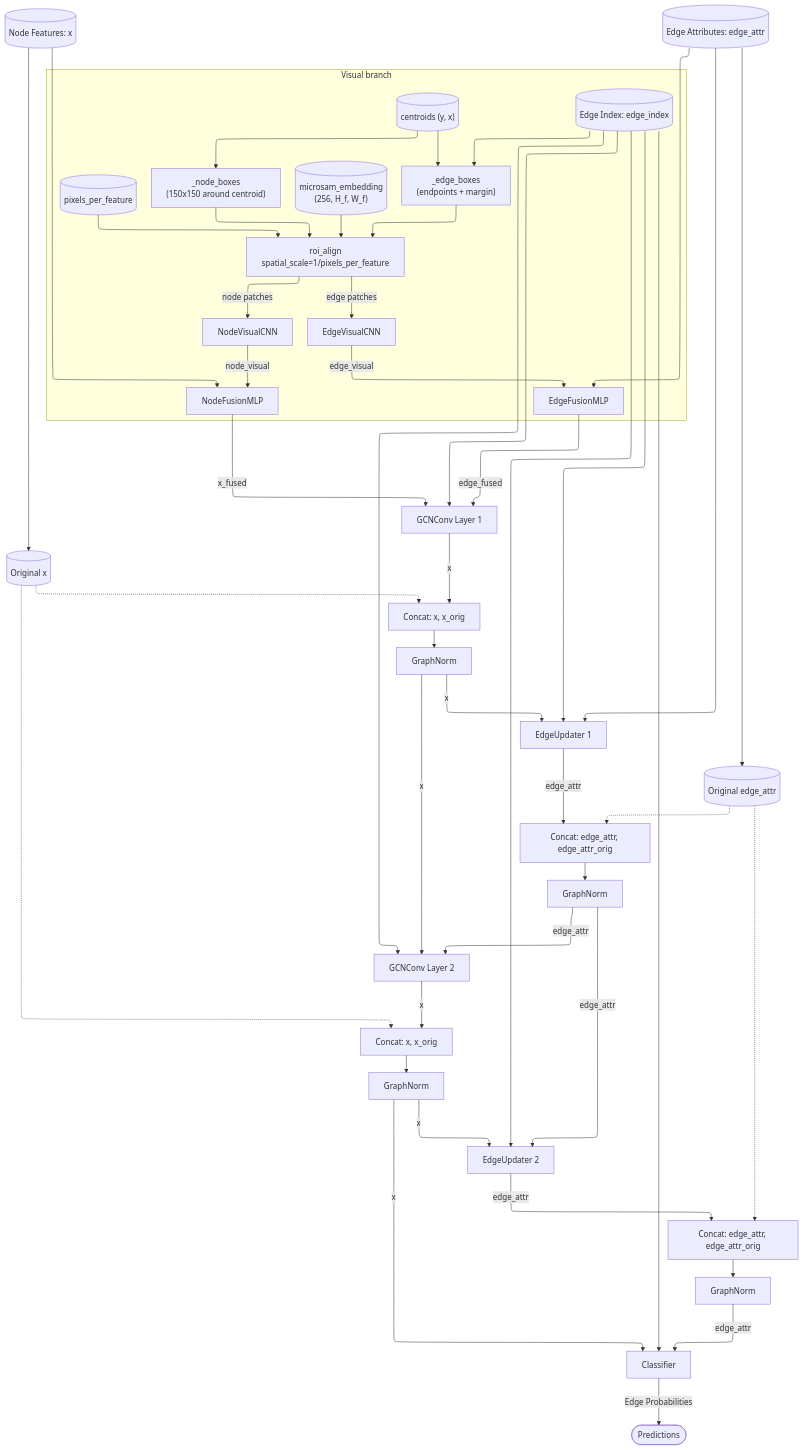
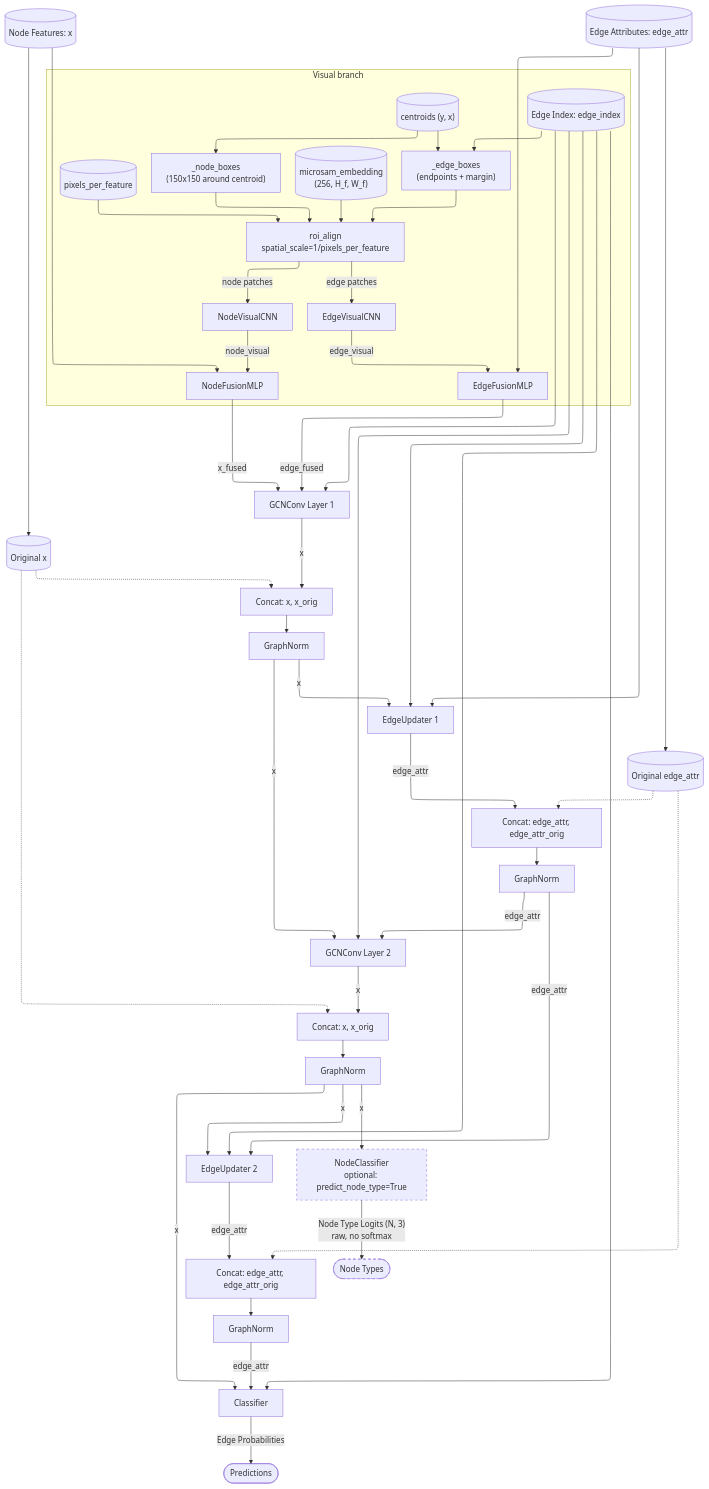
Before and after one commit to chuyaowang/c_albicans_project: the first of 4 diagrams in src/image_processing_tools/scene_graph_network/gnn_documentation/GCN Model Mermaid Diagram.md, drawn with Mermaid. The commit also changed other lines of this file and 3 other files, not shown here.

First line of the commit message:
docs(scene_graph_network): describe the node-type classifier

````diff
--- a/src/image_processing_tools/scene_graph_network/gnn_documentation/GCN Model Mermaid Diagram.md
+++ b/src/image_processing_tools/scene_graph_network/gnn_documentation/GCN Model Mermaid Diagram.md
@@ -172,4 +172,16 @@
 
 Classify -- "Edge Probabilities" --> Out([Predictions])
 
+  
+
+NormX2 -- "x" --> NodeClassify["NodeClassifier<br/>optional: predict_node_type=True"]
+
+NodeClassify -- "Node Type Logits (N, 3)<br/>raw, no softmax" --> NodeOut([Node Types])
+
+  
+
+style NodeClassify stroke-dasharray: 5 5
+
+style NodeOut stroke-dasharray: 5 5
+
 ```
````
